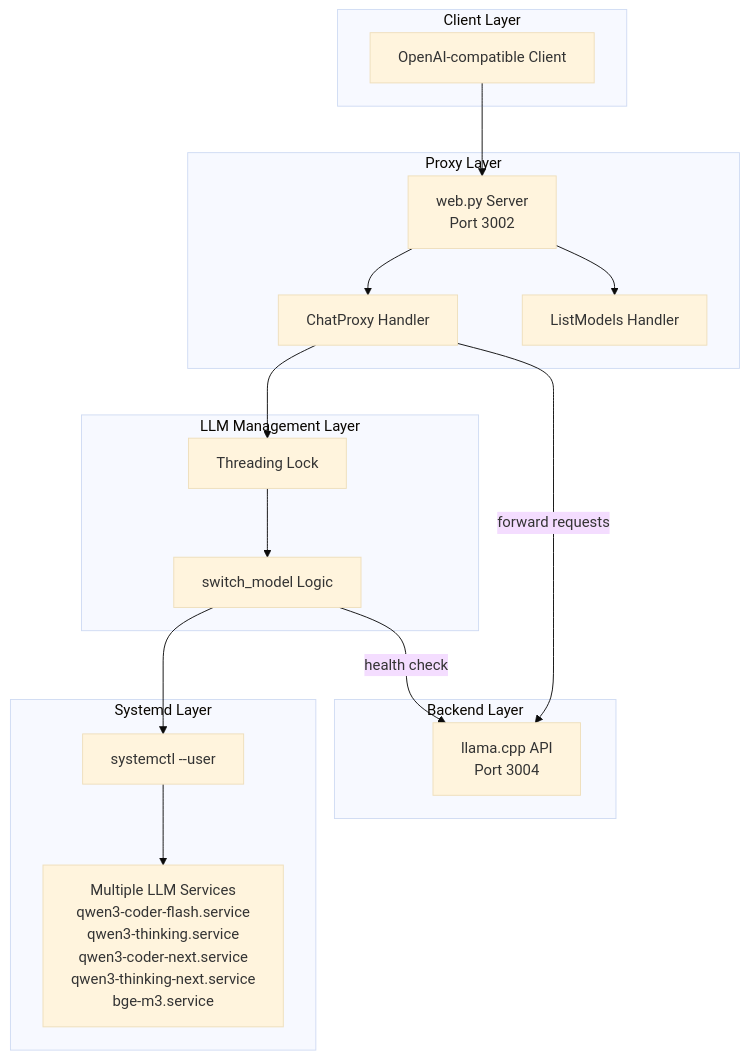
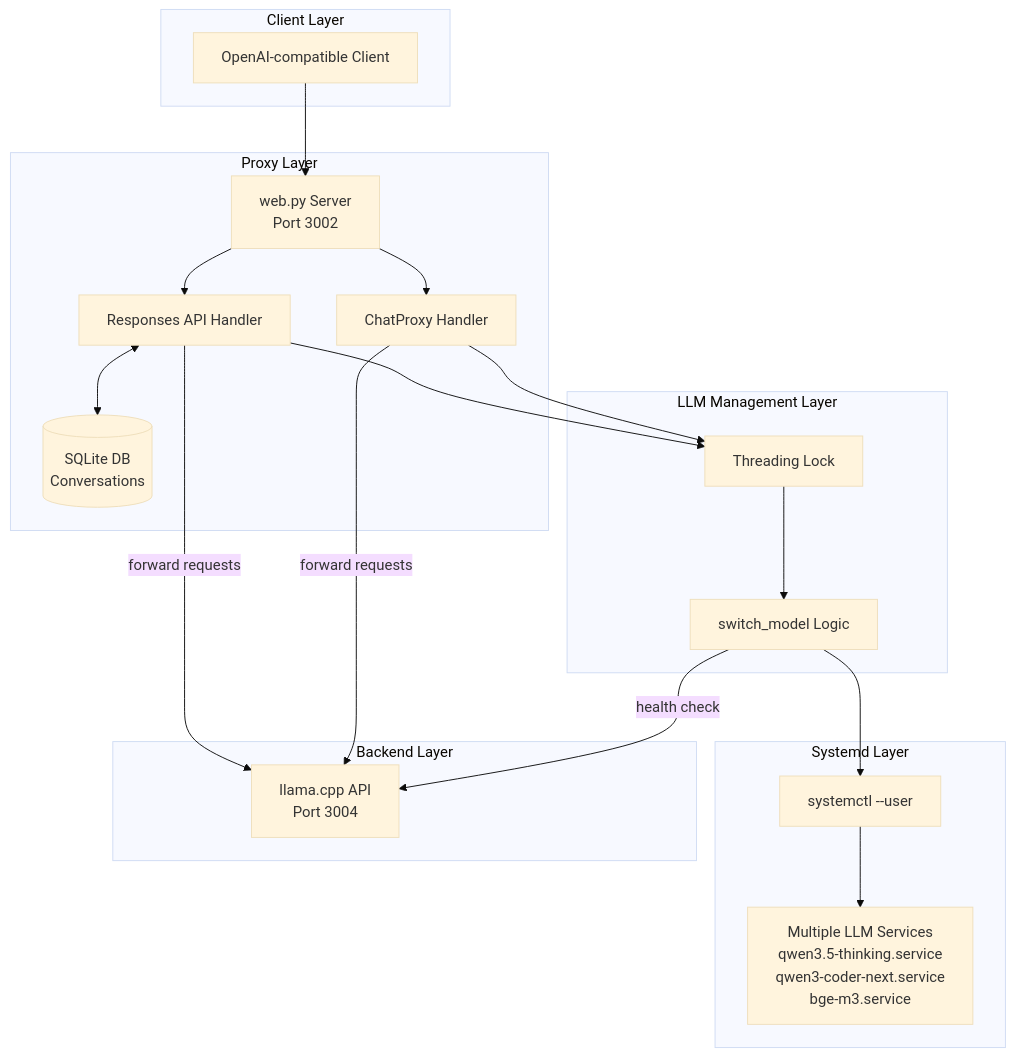
One commit to ladislav-danis/systemd-llm-switch changed the diagram in README.md. Above: the diagram before and after it, drawn with Mermaid (base theme). The commit also changed other lines of this file and 3 other files, not shown here.

````diff
--- a/README.md
+++ b/README.md
@@ -38,36 +26,40 @@
 ```mermaid
 flowchart TD
     subgraph "Client Layer"
         Client[OpenAI-compatible Client]
     end
     
     subgraph "Proxy Layer"
         WebPy[web.py Server<br/>Port 3002]
         ChatProxy[ChatProxy Handler]
-        ListModels[ListModels Handler]
+        ResponsesHandler[Responses API Handler]
+        SQLite[(SQLite DB<br/>Conversations)]
     end
     
     subgraph "LLM Management Layer"
         Lock[Threading Lock]
         Switcher[switch_model Logic]
     end
     
     subgraph "Systemd Layer"
         Systemctl[systemctl --user]
-        Services[Multiple LLM Services<br/>qwen3-coder-flash.service<br/>qwen3-thinking.service<br/>qwen3-coder-next.service<br/>qwen3-thinking-next.service<br/>bge-m3.service]
+        Services[Multiple LLM Services<br/>qwen3.5-thinking.service<br/>qwen3-coder-next.service<br/>bge-m3.service]
     end
     
     subgraph "Backend Layer"
         Llama[llama.cpp API<br/>Port 3004]
     end
     
     Client --> WebPy
     WebPy --> ChatProxy
-    WebPy --> ListModels
+    WebPy --> ResponsesHandler
+    ResponsesHandler <--> SQLite
     ChatProxy --> Lock
+    ResponsesHandler --> Lock
     Lock --> Switcher
     Switcher --> Systemctl
     Systemctl --> Services
     Switcher -->|health check| Llama
     ChatProxy -->|forward requests| Llama
+    ResponsesHandler -->|forward requests| Llama
 ```
````
